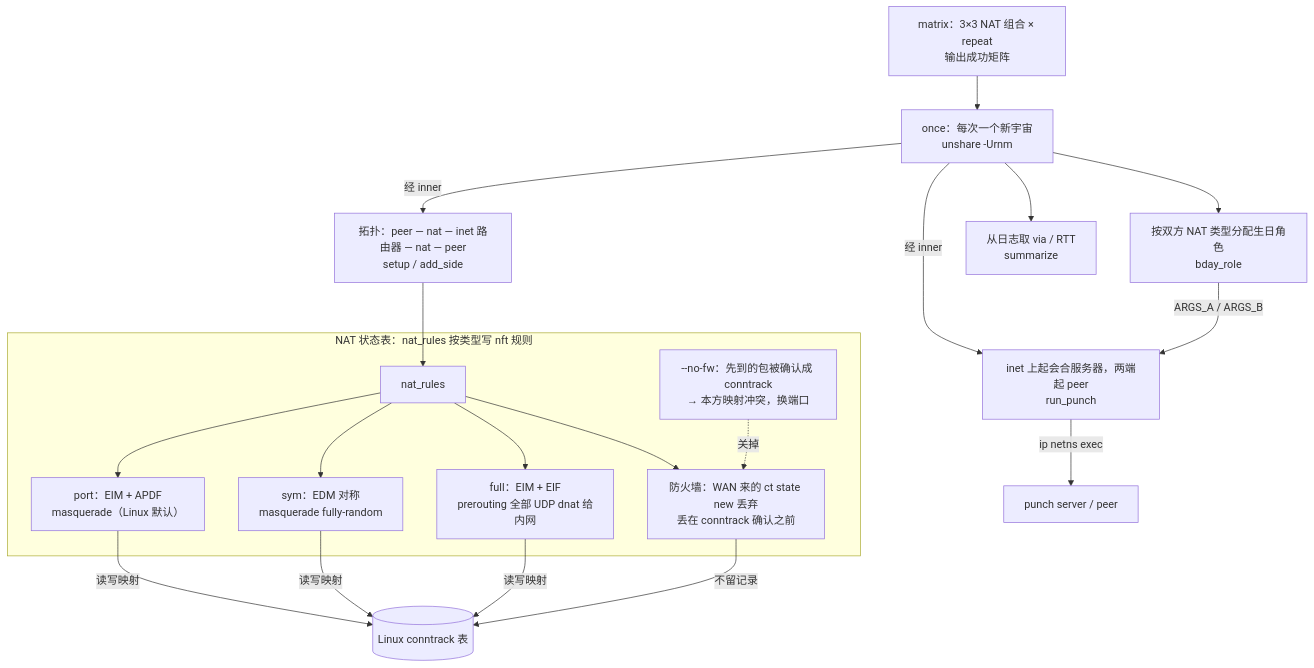
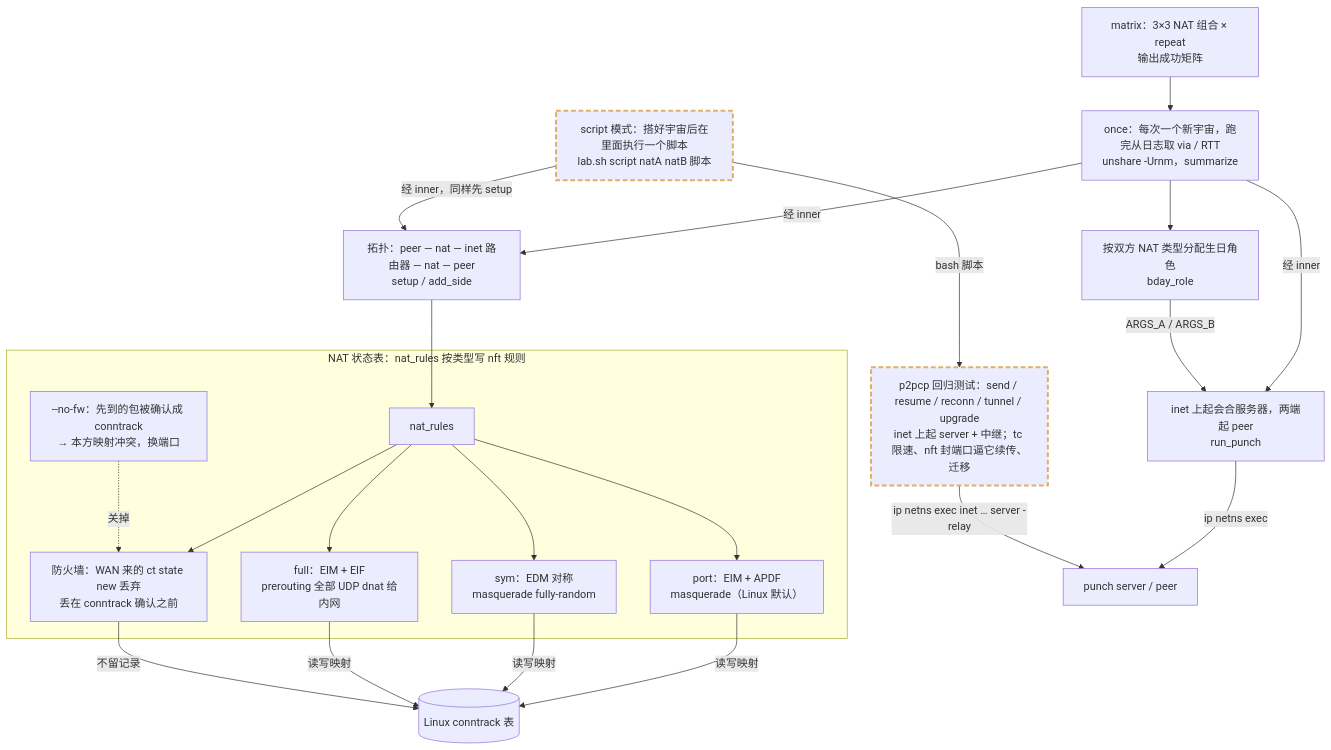
One commit to numb747/uu-remote-study changed the diagram in docs/arch/30-netns-nat.mmd. Above: the diagram before and after it, drawn with Mermaid. The commit also changed 8 other files, not shown here.

First line of the commit message:
架构地图：p2pcp v2（认证、单洞多连接、中继、续传、连接迁移）

```diff
--- a/docs/arch/30-netns-nat.mmd
+++ b/docs/arch/30-netns-nat.mmd
@@ -1,50 +1,55 @@
 flowchart TD
   matrix["matrix：3×3 NAT 组合 × repeat<br/>输出成功矩阵"]
-  once["once：每次一个新宇宙<br/>unshare -Urnm"]
+  once["once：每次一个新宇宙，跑完从日志取 via / RTT<br/>unshare -Urnm，summarize"]
   bday_role["按双方 NAT 类型分配生日角色<br/>bday_role"]
   setup["拓扑：peer — nat — inet 路由器 — nat — peer<br/>setup / add_side"]
   run_punch["inet 上起会合服务器，两端起 peer<br/>run_punch"]
   punch_bin["punch server / peer"]
-  summarize["从日志取 via / RTT<br/>summarize"]
+  script["script 模式：搭好宇宙后在里面执行一个脚本<br/>lab.sh script natA natB 脚本"]:::changed
+  p2pcp_test["p2pcp 回归测试：send / resume / reconn / tunnel / upgrade<br/>inet 上起 server + 中继；tc 限速、nft 封端口逼它续传、迁移"]:::changed
 
   subgraph table["NAT 状态表：nat_rules 按类型写 nft 规则"]
     nat_rules["nat_rules"]
     nat_port["port：EIM + APDF<br/>masquerade（Linux 默认）"]
     nat_sym["sym：EDM 对称<br/>masquerade fully-random"]
     nat_full["full：EIM + EIF<br/>prerouting 全部 UDP dnat 给内网"]
     fw["防火墙：WAN 来的 ct state new 丢弃<br/>丢在 conntrack 确认之前"]
     nofw["--no-fw：先到的包被确认成 conntrack<br/>→ 本方映射冲突，换端口"]
   end
   conntrack[(Linux conntrack 表)]
 
   matrix --> once
   once --> bday_role
   once -->|"经 inner"| setup
   setup --> nat_rules
   nat_rules --> nat_port
   nat_rules --> nat_sym
   nat_rules --> nat_full
   nat_rules --> fw
   nat_port -->|"读写映射"| conntrack
   nat_sym -->|"读写映射"| conntrack
   nat_full -->|"读写映射"| conntrack
   fw -->|"不留记录"| conntrack
   nofw -.->|"关掉"| fw
   once -->|"经 inner"| run_punch
   bday_role -->|"ARGS_A / ARGS_B"| run_punch
   run_punch -->|"ip netns exec"| punch_bin
-  once --> summarize
+  script -->|"经 inner，同样先 setup"| setup
+  script -->|"bash 脚本"| p2pcp_test
+  p2pcp_test -->|"ip netns exec inet … server -relay"| punch_bin
 
 %% @src matrix lab/netns/lab.sh matrix)
 %% @src once lab/netns/lab.sh once() {
 %% @src bday_role lab/netns/lab.sh bday_role() {
 %% @src setup lab/netns/lab.sh add_side() {
 %% @src run_punch lab/netns/lab.sh run_punch() {
 %% @src punch_bin lab/punch/main.go func main()
-%% @src summarize lab/netns/lab.sh summarize() {
+%% @src script lab/netns/lab.sh script) BIN_DIR=
+%% @src p2pcp_test lab/netns/p2pcp-test.sh for t in $TESTS; do
 %% @src nat_rules lab/netns/lab.sh nat_rules() {
 %% @src nat_port lab/netns/lab.sh port) $nft add rule ip nat post oifname wan masquerade ;;
 %% @src nat_sym lab/netns/lab.sh masquerade fully-random
 %% @src nat_full lab/netns/lab.sh udp dport 1024-65535 dnat
 %% @src fw lab/netns/lab.sh ct state new drop
 %% @src nofw lab/netns/lab.sh --no-fw) NO_FW=1
+classDef changed stroke:#e0af68,stroke-width:3px,stroke-dasharray:7 4
```
